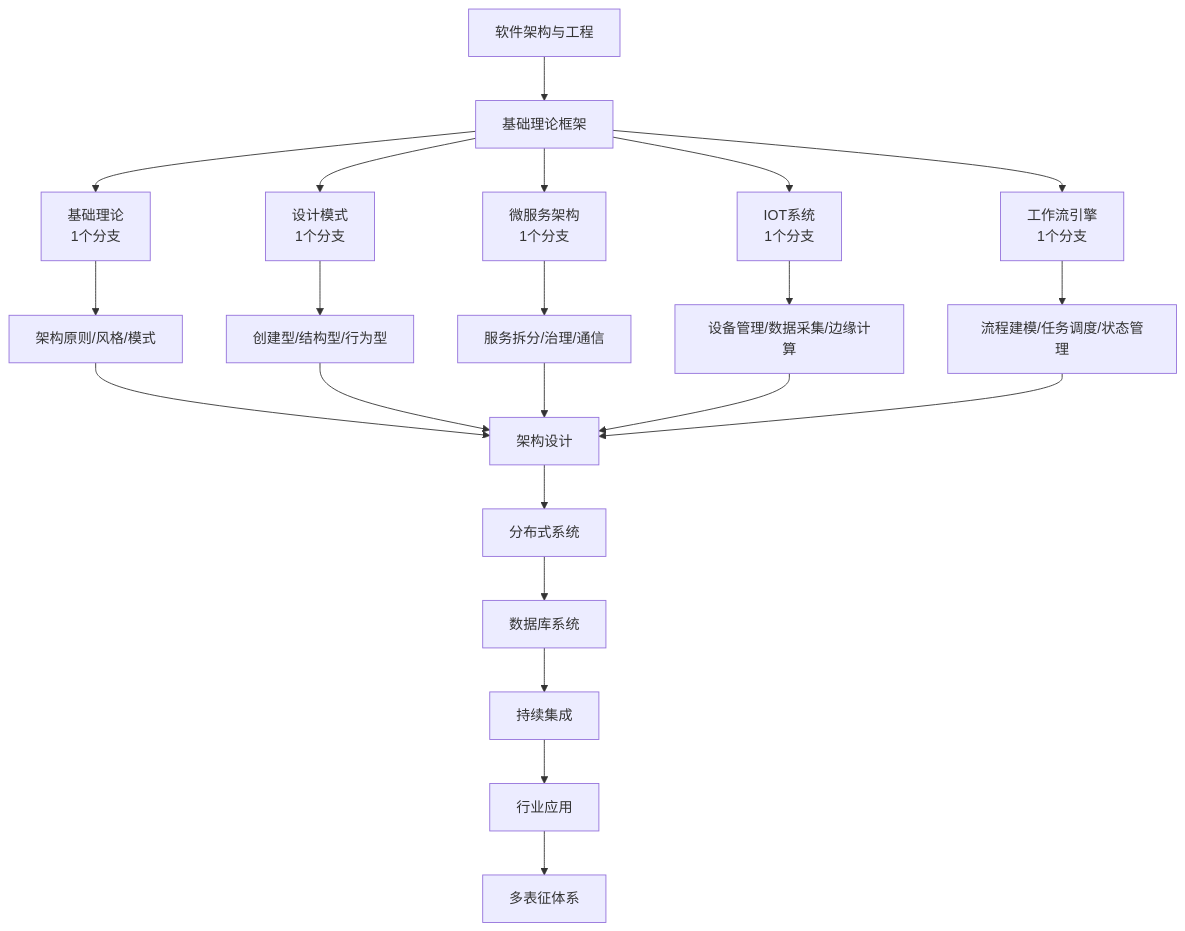
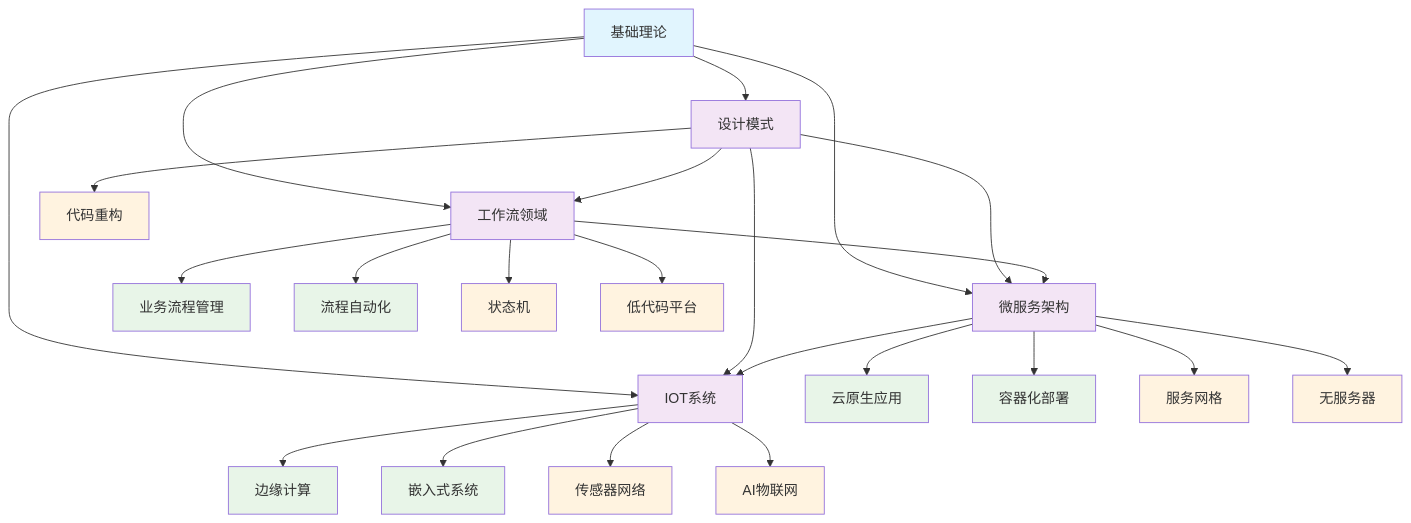
The diagram in Analysis/4-软件架构与工程/README.md (AdaMartin18010/Data-Science), drawn with Mermaid before and after one commit. The commit also changed other lines of this file and 11 other files, not shown here.

````diff
--- a/Analysis/4-软件架构与工程/README.md
+++ b/Analysis/4-软件架构与工程/README.md
@@ -29,22 +37,45 @@
 ```mermaid
-flowchart TD
-  A[软件架构与工程] --> B[基础理论框架]
-  B --> C1[基础理论<br/>1个分支]
-  B --> C2[设计模式<br/>1个分支]
-  B --> C3[微服务架构<br/>1个分支]
-  B --> C4[IOT系统<br/>1个分支]
-  B --> C5[工作流引擎<br/>1个分支]
-  
-  C1 --> D[架构原则/风格/模式]
-  C2 --> E[创建型/结构型/行为型]
-  C3 --> F[服务拆分/治理/通信]
-  C4 --> G[设备管理/数据采集/边缘计算]
-  C5 --> H[流程建模/任务调度/状态管理]
-  
-  D & E & F & G & H --> I[架构设计]
-  I --> J[分布式系统]
-  J --> K[数据库系统]
-  K --> L[持续集成]
-  L --> M[行业应用]
-  M --> N[多表征体系]
+graph TB
+    %% 基础层
+    Theory[基础理论] --> Pattern[设计模式]
+    Theory --> Microservice[微服务架构]
+    Theory --> IOT[IOT系统]
+    Theory --> Workflow[工作流领域]
+    
+    %% 架构层交互
+    Pattern --> Microservice
+    Pattern --> IOT
+    Pattern --> Workflow
+    Microservice --> IOT
+    Workflow --> Microservice
+    
+    %% 应用层
+    Microservice --> Cloud[云原生应用]
+    Microservice --> Container[容器化部署]
+    IOT --> Edge[边缘计算]
+    IOT --> Embedded[嵌入式系统]
+    Workflow --> BPM[业务流程管理]
+    Workflow --> Automation[流程自动化]
+    
+    %% 技术栈
+    Pattern --> Refactoring[代码重构]
+    Microservice --> ServiceMesh[服务网格]
+    IOT --> Sensor[传感器网络]
+    Workflow --> StateMachine[状态机]
+    
+    %% 新兴技术
+    Microservice --> Serverless[无服务器]
+    IOT --> AIoT[AI物联网]
+    Workflow --> LowCode[低代码平台]
+    
+    %% 样式
+    classDef foundation fill:#e1f5fe
+    classDef architecture fill:#f3e5f5
+    classDef application fill:#e8f5e8
+    classDef emerging fill:#fff3e0
+    
+    class Theory foundation
+    class Pattern,Microservice,IOT,Workflow architecture
+    class Cloud,Container,Edge,Embedded,BPM,Automation application
+    class Refactoring,ServiceMesh,Sensor,StateMachine,Serverless,AIoT,LowCode emerging
 ```
````
